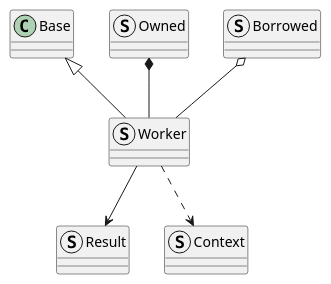
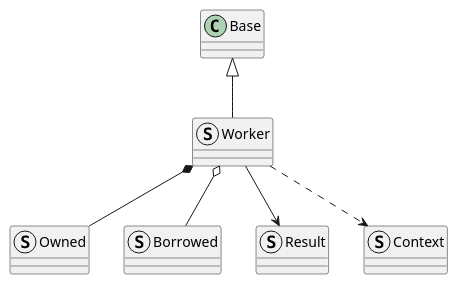
Before and after one commit to eclipse-score/tooling: the diagram in validation/core/integration_test/class_design_implementation/positive_relationship_features/class_diagram.puml, drawn with PlantUML. The commit also changed 19 other files, not shown here.

First line of the commit message:
fix(plantuml): correct composition and aggregation direction

```diff
--- a/validation/core/integration_test/class_design_implementation/positive_relationship_features/class_diagram.puml
+++ b/validation/core/integration_test/class_design_implementation/positive_relationship_features/class_diagram.puml
@@ -14,18 +14,18 @@
 @startuml
 
 class Base
 
 struct Owned
 struct Borrowed
 struct Result
 struct Context
 
 struct Worker
 
 Base <|-- Worker
-Owned *-- Worker
-Borrowed o-- Worker
+Worker *-- Owned
+Worker o-- Borrowed
 Worker --> Result
 Worker ..> Context
 
 @enduml
```
